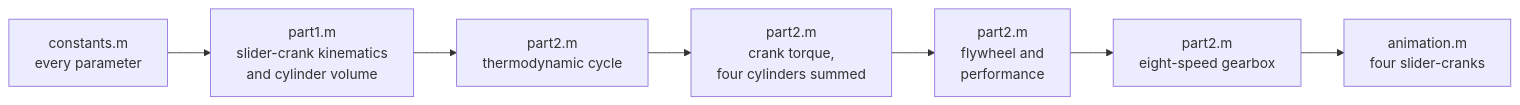
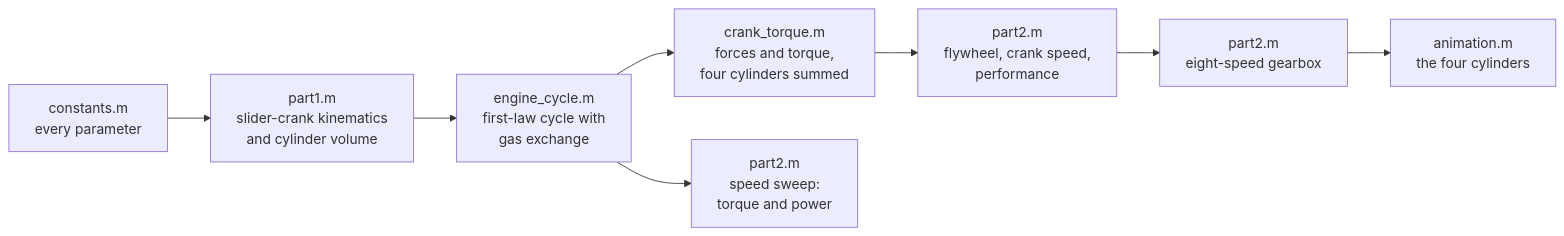
One commit to Kronbii/ICE-matlab-simulator changed the diagram in README.md. Above: the diagram before and after it, drawn with Mermaid. The commit also changed other lines of this file and 40 other files, not shown here.

````diff
--- a/README.md
+++ b/README.md
@@ -34,9 +48,10 @@
 ```mermaid
 flowchart LR
     A["constants.m<br/>every parameter"] --> B["part1.m<br/>slider-crank kinematics<br/>and cylinder volume"]
-    B --> C["part2.m<br/>thermodynamic cycle"]
-    C --> D["part2.m<br/>crank torque,<br/>four cylinders summed"]
-    D --> E["part2.m<br/>flywheel and<br/>performance"]
-    E --> F["part2.m<br/>eight-speed gearbox"]
-    F --> G["animation.m<br/>four slider-cranks"]
+    B --> C["engine_cycle.m<br/>first-law cycle with<br/>gas exchange"]
+    C --> D["crank_torque.m<br/>forces and torque,<br/>four cylinders summed"]
+    D --> E["part2.m<br/>flywheel, crank speed,<br/>performance"]
+    C --> F["part2.m<br/>speed sweep:<br/>torque and power"]
+    E --> G["part2.m<br/>eight-speed gearbox"]
+    G --> H["animation.m<br/>the four cylinders"]
 ```
````
